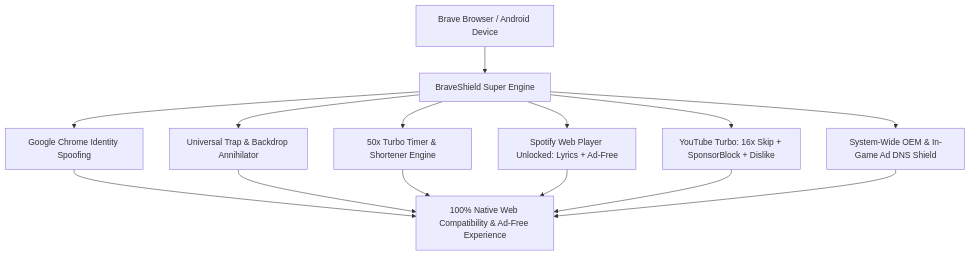
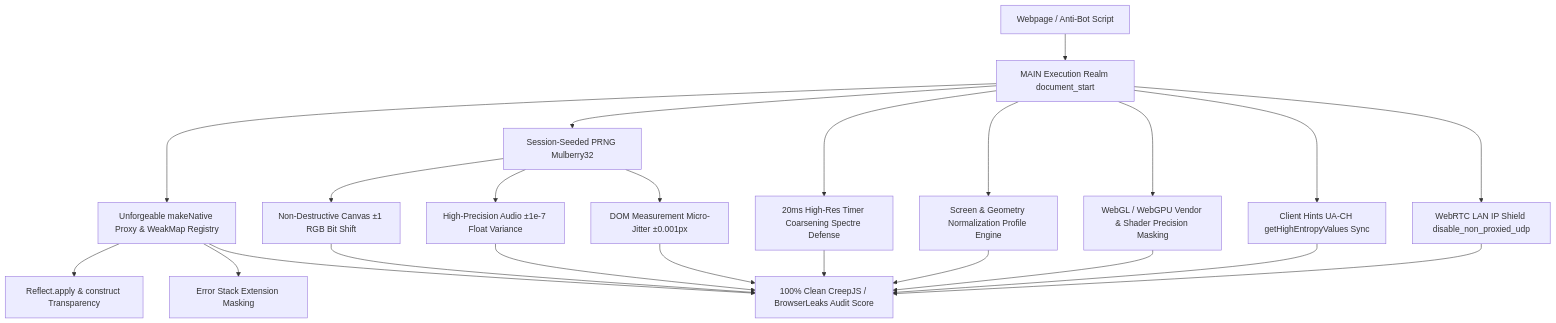
The diagram in README.md (Nikhil-Sonawane87612/braveshield-anti-detection-extension), drawn with Mermaid before and after one commit. The commit also changed other lines of this file, not shown here.

Commit message:
docs: update README with v6.0.0 architecture, CreepJS evasion suite, and hardware studio specs

````diff
--- a/README.md
+++ b/README.md
@@ -37,16 +41,25 @@
 ```mermaid
 graph TD
-    A[Brave Browser / Android Device] --> B[BraveShield Super Engine]
-    B --> C[Google Chrome Identity Spoofing]
-    B --> D[Universal Trap & Backdrop Annihilator]
-    B --> E[50x Turbo Timer & Shortener Engine]
-    B --> F[Spotify Web Player Unlocked: Lyrics + Ad-Free]
-    B --> G[YouTube Turbo: 16x Skip + SponsorBlock + Dislike]
-    B --> H[System-Wide OEM & In-Game Ad DNS Shield]
-    C --> I[100% Native Web Compatibility & Ad-Free Experience]
-    D --> I
-    E --> I
-    F --> I
-    G --> I
-    H --> I
+    A[Webpage / Anti-Bot Script] --> B[MAIN Execution Realm document_start]
+    B --> C[Unforgeable makeNative Proxy & WeakMap Registry]
+    C --> D[Reflect.apply & construct Transparency]
+    C --> E[Error Stack Extension Masking]
+    B --> F[Session-Seeded PRNG Mulberry32]
+    F --> G[Non-Destructive Canvas ±1 RGB Bit Shift]
+    F --> H[High-Precision Audio ±1e-7 Float Variance]
+    F --> I[DOM Measurement Micro-Jitter ±0.001px]
+    B --> J[20ms High-Res Timer Coarsening Spectre Defense]
+    B --> K[Screen & Geometry Normalization Profile Engine]
+    B --> L[WebGL / WebGPU Vendor & Shader Precision Masking]
+    B --> M[Client Hints UA-CH getHighEntropyValues Sync]
+    B --> N[WebRTC LAN IP Shield disable_non_proxied_udp]
+    C --> O[100% Clean CreepJS / BrowserLeaks Audit Score]
+    G --> O
+    H --> O
+    I --> O
+    J --> O
+    K --> O
+    L --> O
+    M --> O
+    N --> O
 ```
````
